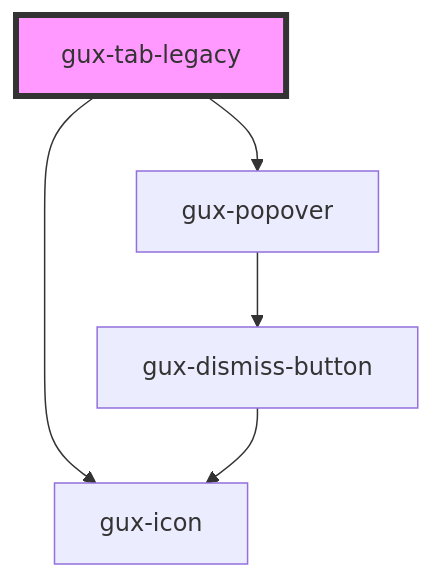
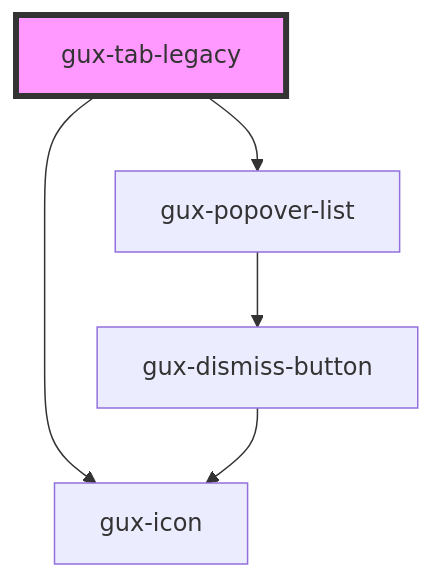
One commit to MyPureCloud/genesys-spark changed the diagram in src/components/legacy/gux-tabs-legacy/gux-tab-legacy/readme.md. Above: the diagram before and after it, drawn with Mermaid. The commit also changed other lines of this file and 17 other files, not shown here.

First line of the commit message:
feat(gux-popover-list): add new gux-popover-list component

````diff
--- a/src/components/legacy/gux-tabs-legacy/gux-tab-legacy/readme.md
+++ b/src/components/legacy/gux-tabs-legacy/gux-tab-legacy/readme.md
@@ -32,8 +32,8 @@
 ```mermaid
 graph TD;
   gux-tab-legacy --> gux-icon
-  gux-tab-legacy --> gux-popover
-  gux-popover --> gux-dismiss-button
+  gux-tab-legacy --> gux-popover-list
+  gux-popover-list --> gux-dismiss-button
   gux-dismiss-button --> gux-icon
   style gux-tab-legacy fill:#f9f,stroke:#333,stroke-width:4px
 ```
````
